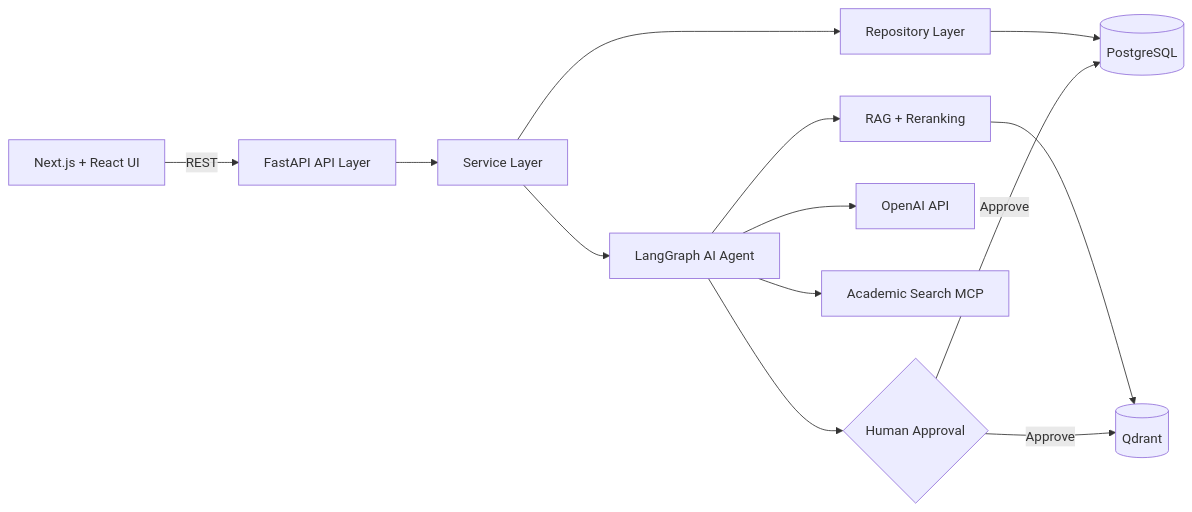
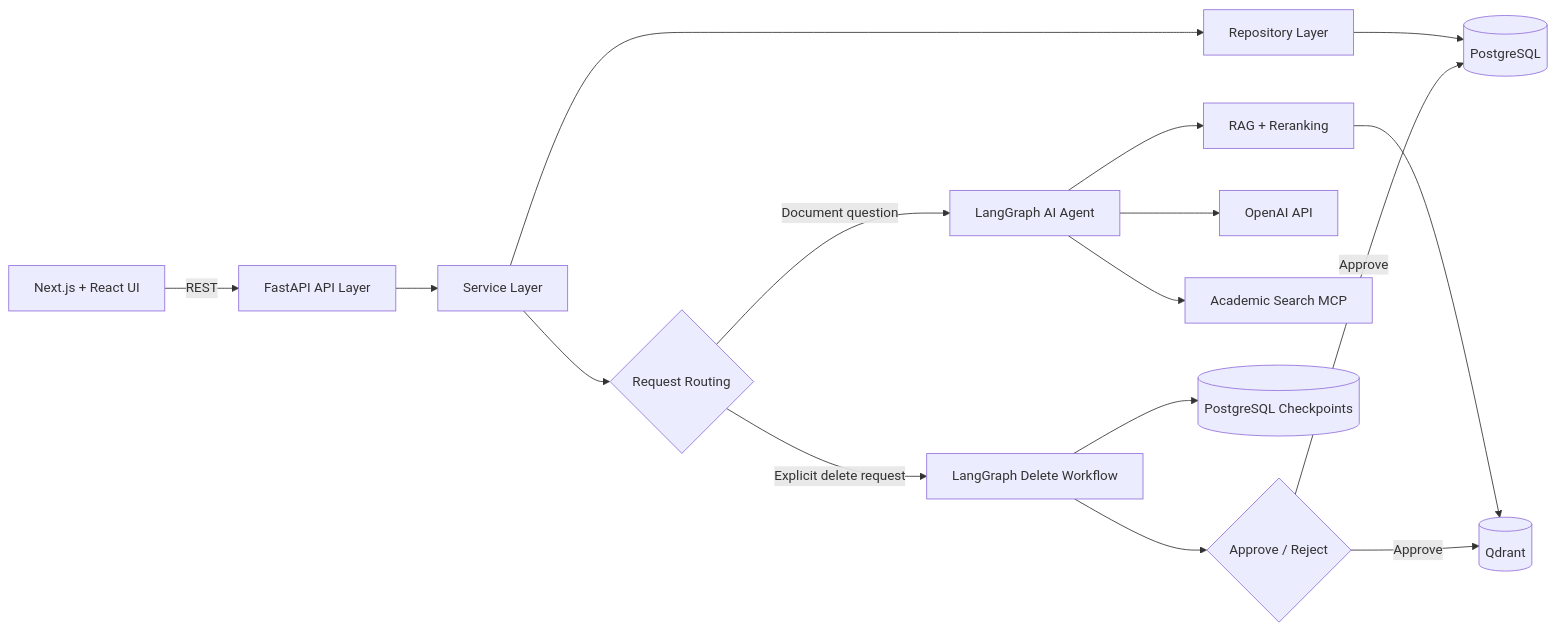
The diagram in README.md (PinkyPink213/AI-Document-Assistant), drawn with Mermaid before and after one commit. The commit also changed other lines of this file and 43 other files, not shown here.

````diff
--- a/README.md
+++ b/README.md
@@ -35,16 +41,20 @@
 ```mermaid
 flowchart LR
     UI["Next.js + React UI"] -->|REST| API["FastAPI API Layer"]
     API --> SVC["Service Layer"]
     SVC --> REPO["Repository Layer"]
     REPO --> PG[("PostgreSQL")]
 
-    SVC --> AGENT["LangGraph AI Agent"]
+    SVC --> ROUTER{"Request Routing"}
+    ROUTER -->|Document question| AGENT["LangGraph AI Agent"]
     AGENT --> RAG["RAG + Reranking"]
     RAG --> QD[("Qdrant")]
     AGENT --> LLM["OpenAI API"]
     AGENT --> MCP["Academic Search MCP"]
-    AGENT --> HITL{"Human Approval"}
+
+    ROUTER -->|Explicit delete request| DELETE["LangGraph Delete Workflow"]
+    DELETE --> CHECKPOINT[("PostgreSQL Checkpoints")]
+    DELETE --> HITL{"Approve / Reject"}
     HITL -->|Approve| PG
     HITL -->|Approve| QD
 ```
````
